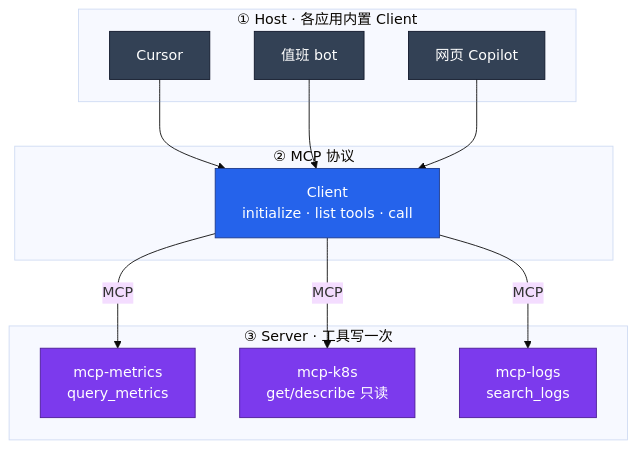
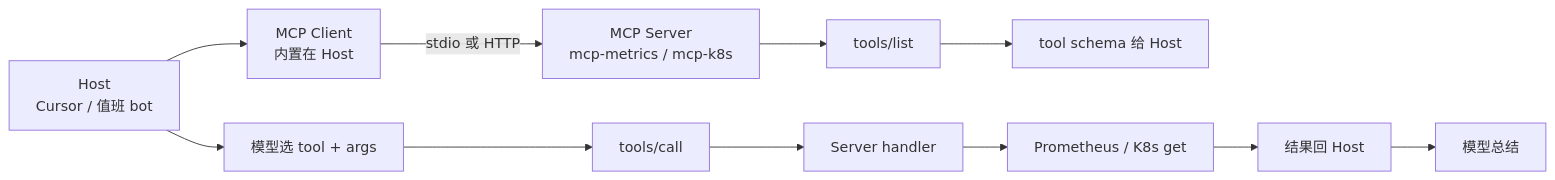
Before and after one commit to ml-cuizijun/LearnToLilith: the first of 5 diagrams in 08-AI与智能运维/05-MCP协议/知识点.md, drawn with Mermaid. The commit also changed other lines of this file and 470 other files, not shown here.

````diff
--- a/08-AI与智能运维/05-MCP协议/知识点.md
+++ b/08-AI与智能运维/05-MCP协议/知识点.md
@@ -73,30 +15,13 @@
 ```mermaid
-%%{init: {"theme": "base"}}%%
-flowchart TB
-    classDef host fill:#334155,stroke:#0F172A,color:#fff
-    classDef client fill:#2563EB,stroke:#1E3A8A,color:#fff
-    classDef srv fill:#7C3AED,stroke:#4C1D95,color:#fff
-
-    subgraph hosts ["① Host · 各应用内置 Client"]
-        cursor[Cursor]:::host
-        bot[值班 bot]:::host
-        copilot[网页 Copilot]:::host
-    end
-
-    subgraph proto ["② MCP 协议"]
-        cli["Client<br/>initialize · list tools · call"]:::client
-    end
-
-    subgraph servers ["③ Server · 工具写一次"]
-        mon["mcp-metrics<br/>query_metrics"]:::srv
-        k8s["mcp-k8s<br/>get/describe 只读"]:::srv
-        log["mcp-logs<br/>search_logs"]:::srv
-    end
-
-    cursor --> cli
-    bot --> cli
-    copilot --> cli
-    cli -->|"MCP"| mon
-    cli -->|"MCP"| k8s
-    cli -->|"MCP"| log
+flowchart LR
+    H["Host<br/>Cursor / 值班 bot"] --> C["MCP Client<br/>内置在 Host"]
+    C -->|stdio 或 HTTP| S["MCP Server<br/>mcp-metrics / mcp-k8s"]
+    S --> LIST["tools/list"]
+    LIST --> SCHEMA["tool schema 给 Host"]
+    H --> LLM["模型选 tool + args"]
+    LLM --> CALL["tools/call"]
+    CALL --> HD["Server handler"]
+    HD --> SYS["Prometheus / K8s get"]
+    SYS --> RES["结果回 Host"]
+    RES --> LLM2["模型总结"]
 ```
````
